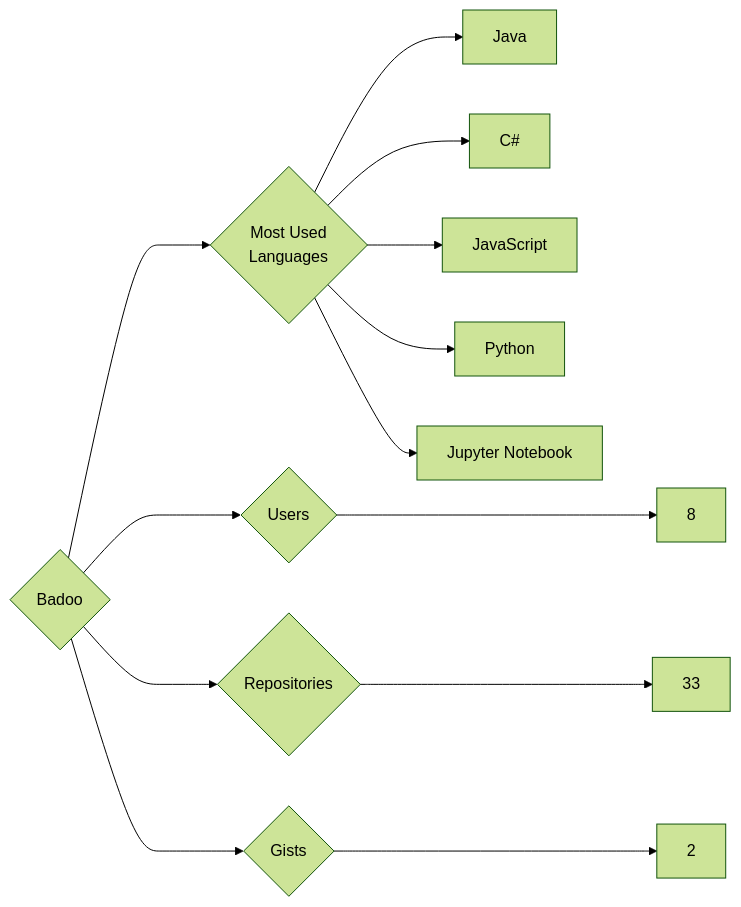
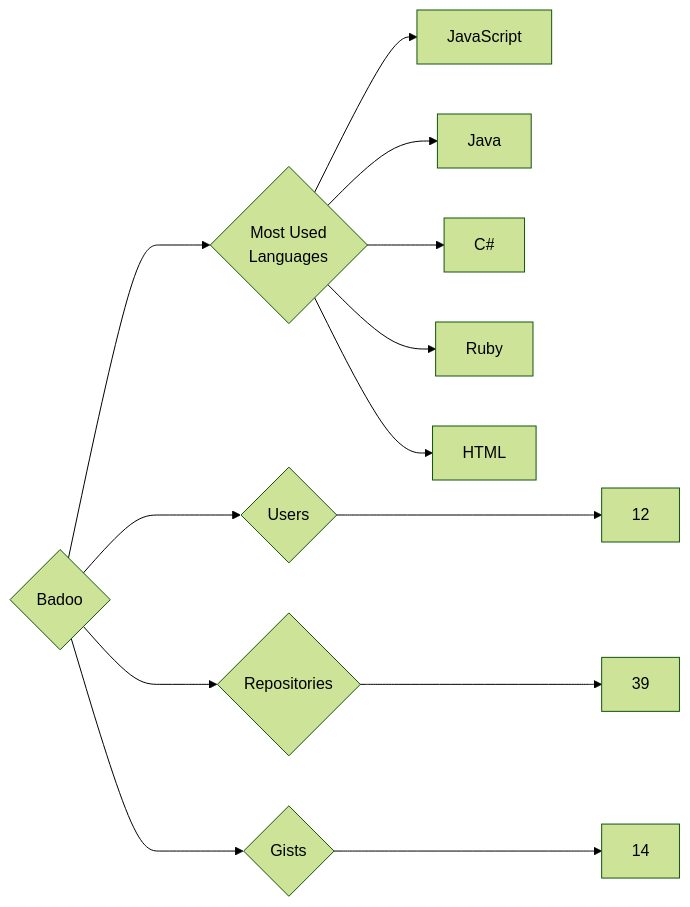
One commit to trickest/insiders changed the diagram in targets/Badoo/README.md. Above: the diagram before and after it, drawn with Mermaid (forest theme). The commit also changed 1212 other files, not shown here.

````diff
--- a/targets/Badoo/README.md
+++ b/targets/Badoo/README.md
@@ -3,13 +3,13 @@
 ```mermaid
 graph LR
 COMPANY_NAME{Badoo}
-COMPANY_NAME ---> U{Users} ---> UN[8]
-COMPANY_NAME ---> R{Repositories} ---> RN[33]
-COMPANY_NAME ---> G{Gists} ---> GN[2]
+COMPANY_NAME ---> U{Users} ---> UN[12]
+COMPANY_NAME ---> R{Repositories} ---> RN[39]
+COMPANY_NAME ---> G{Gists} ---> GN[14]
 COMPANY_NAME ---> ML{Most Used<br>Languages}
+ML --> JavaScript[JavaScript]
 ML --> Java[Java]
 ML --> C#[C#]
-ML --> JavaScript[JavaScript]
-ML --> Python[Python]
-ML --> Jupyter_Notebook[Jupyter Notebook]
+ML --> Ruby[Ruby]
+ML --> HTML[HTML]
 ```
````
